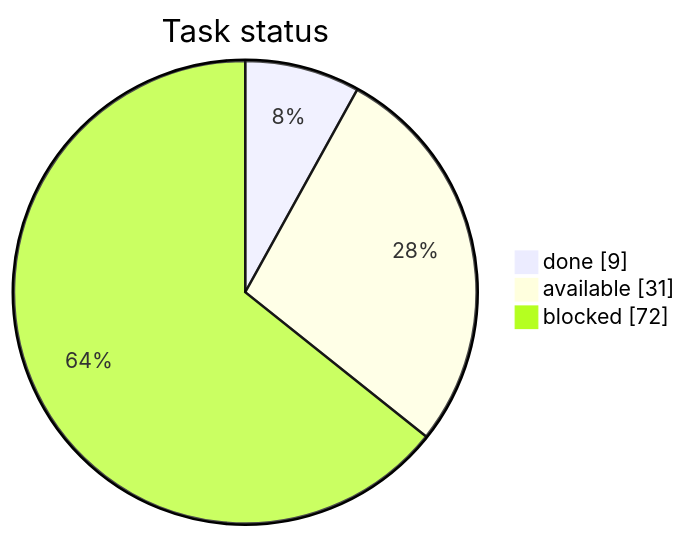
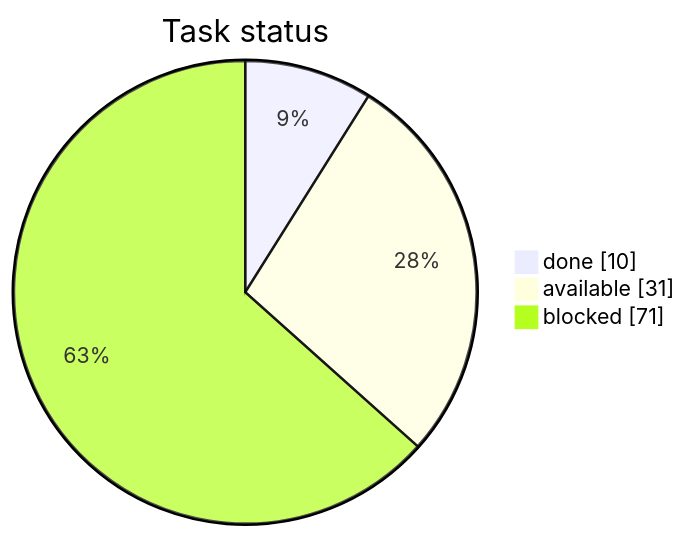
One commit to artemiiShabanov/RallyRivals changed the first of 3 diagrams in STATUS.md. Above: the diagram before and after it, drawn with Mermaid. The commit also changed other lines of this file and 2 other files, not shown here.

````diff
--- a/STATUS.md
+++ b/STATUS.md
@@ -7,7 +7,7 @@
 ```mermaid
 pie showData
     title Task status
-    "done" : 9
+    "done" : 10
     "available" : 31
-    "blocked" : 72
+    "blocked" : 71
 ```
````
